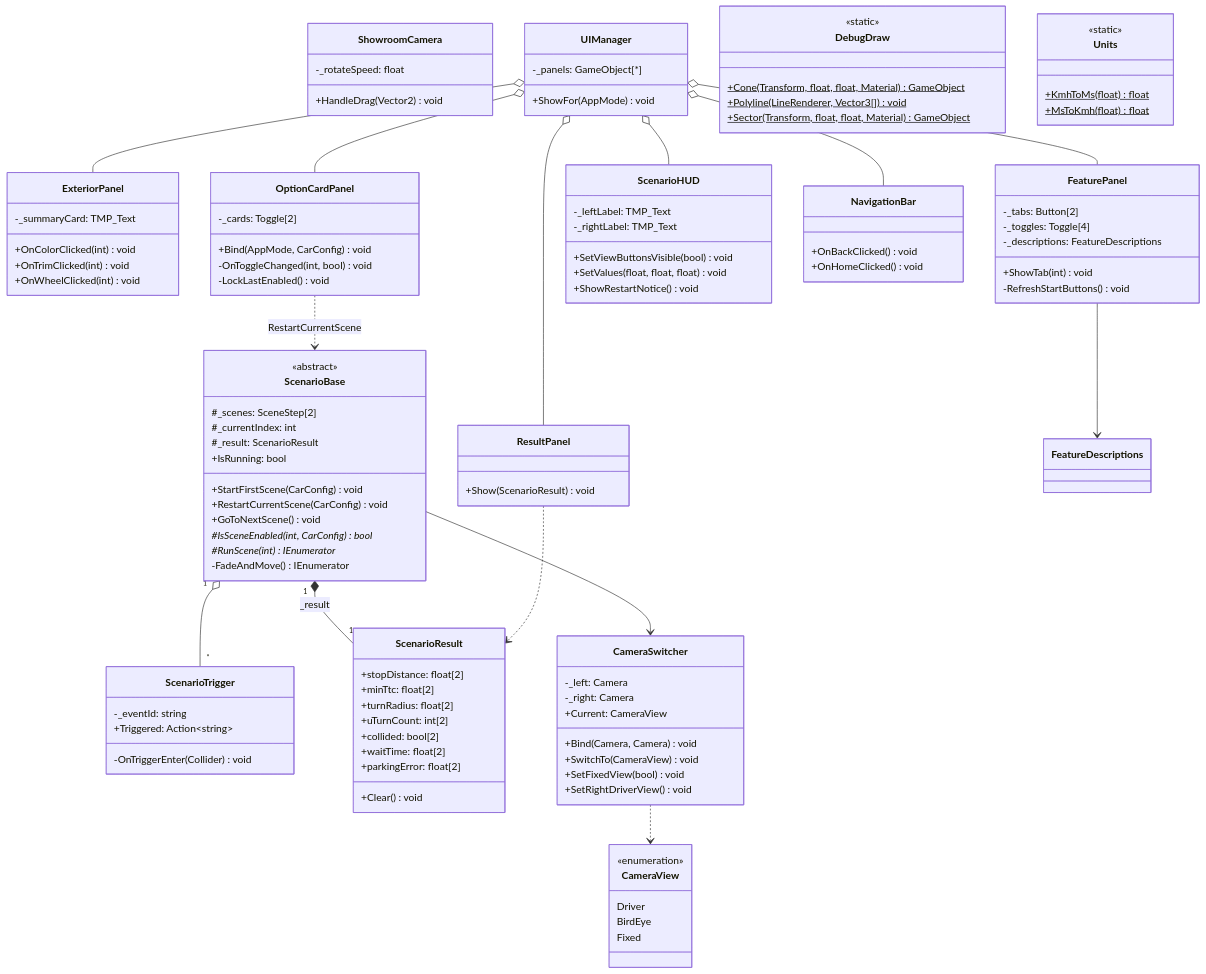
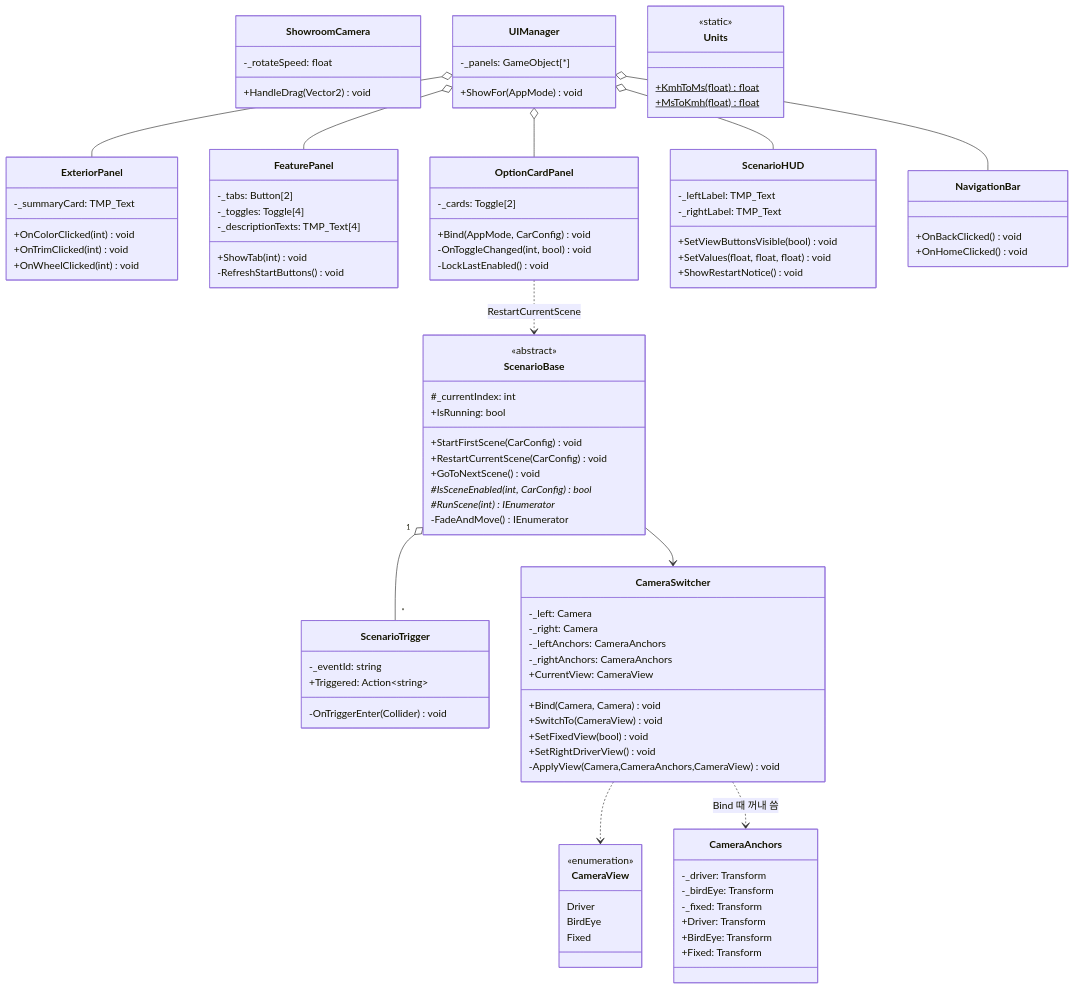
One commit to cuhote/YEYU_CarConfigurator_UnityProject changed the second of 4 diagrams in docs/CLASS_DESIGN.md. Above: the diagram before and after it, drawn with Mermaid. The commit also changed other lines of this file, not shown here.

````diff
--- a/docs/CLASS_DESIGN.md
+++ b/docs/CLASS_DESIGN.md
@@ -140,9 +169,7 @@
   direction TB
   class ScenarioBase {
     <<abstract>>
-    #_scenes: SceneStep[2]
     #_currentIndex: int
-    #_result: ScenarioResult
     +IsRunning: bool
     +StartFirstScene(CarConfig) void
     +RestartCurrentScene(CarConfig) void
@@ -156,24 +183,25 @@
     +Triggered: Action~string~
     -OnTriggerEnter(Collider) void
   }
-  class ScenarioResult {
-    +stopDistance: float[2]
-    +minTtc: float[2]
-    +turnRadius: float[2]
-    +uTurnCount: int[2]
-    +collided: bool[2]
-    +waitTime: float[2]
-    +parkingError: float[2]
-    +Clear() void
-  }
   class CameraSwitcher {
     -_left: Camera
     -_right: Camera
-    +Current: CameraView
+    -_leftAnchors: CameraAnchors
+    -_rightAnchors: CameraAnchors
+    +CurrentView: CameraView
     +Bind(Camera, Camera) void
     +SwitchTo(CameraView) void
     +SetFixedView(bool) void
     +SetRightDriverView() void
+    -ApplyView(Camera,CameraAnchors,CameraView) void
+  }
+    class CameraAnchors {
+    -_driver: Transform
+    -_birdEye: Transform
+    -_fixed: Transform
+    +Driver: Transform
+    +BirdEye: Transform
+    +Fixed: Transform
   }
   class CameraView {
     <<enumeration>>
@@ -198,7 +226,7 @@
   class FeaturePanel {
     -_tabs: Button[2]
     -_toggles: Toggle[4]
-    -_descriptions: FeatureDescriptions
+    -_descriptionTexts: TMP_Text[4]
     +ShowTab(int) void
     -RefreshStartButtons() void
   }
@@ -219,31 +247,19 @@
     +OnBackClicked() void
     +OnHomeClicked() void
   }
-  class ResultPanel {
-    +Show(ScenarioResult) void
-  }
-  class DebugDraw {
-    <<static>>
-    +Cone(Transform, float, float, Material) GameObject$
-    +Polyline(LineRenderer, Vector3[]) void$
-    +Sector(Transform, float, float, Material) GameObject$
-  }
   class Units {
     <<static>>
     +KmhToMs(float) float$
     +MsToKmh(float) float$
   }
-  ScenarioBase "1" *-- "1" ScenarioResult : _result
   ScenarioBase "1" o-- "*" ScenarioTrigger
   ScenarioBase --> CameraSwitcher
   CameraSwitcher ..> CameraView
+  CameraSwitcher ..> CameraAnchors : Bind 때 꺼내 씀
   OptionCardPanel ..> ScenarioBase : RestartCurrentScene
-  FeaturePanel --> FeatureDescriptions
-  ResultPanel ..> ScenarioResult
   UIManager o-- ExteriorPanel
   UIManager o-- FeaturePanel
   UIManager o-- ScenarioHUD
   UIManager o-- OptionCardPanel
   UIManager o-- NavigationBar
-  UIManager o-- ResultPanel
 ```
````
